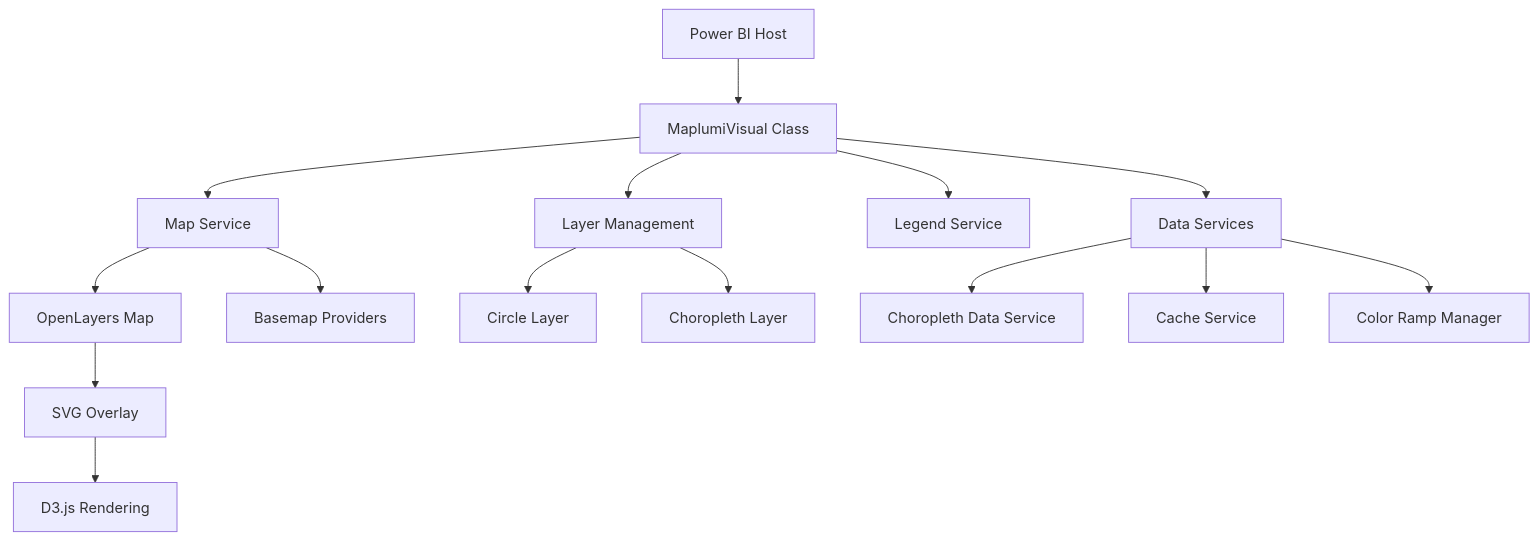
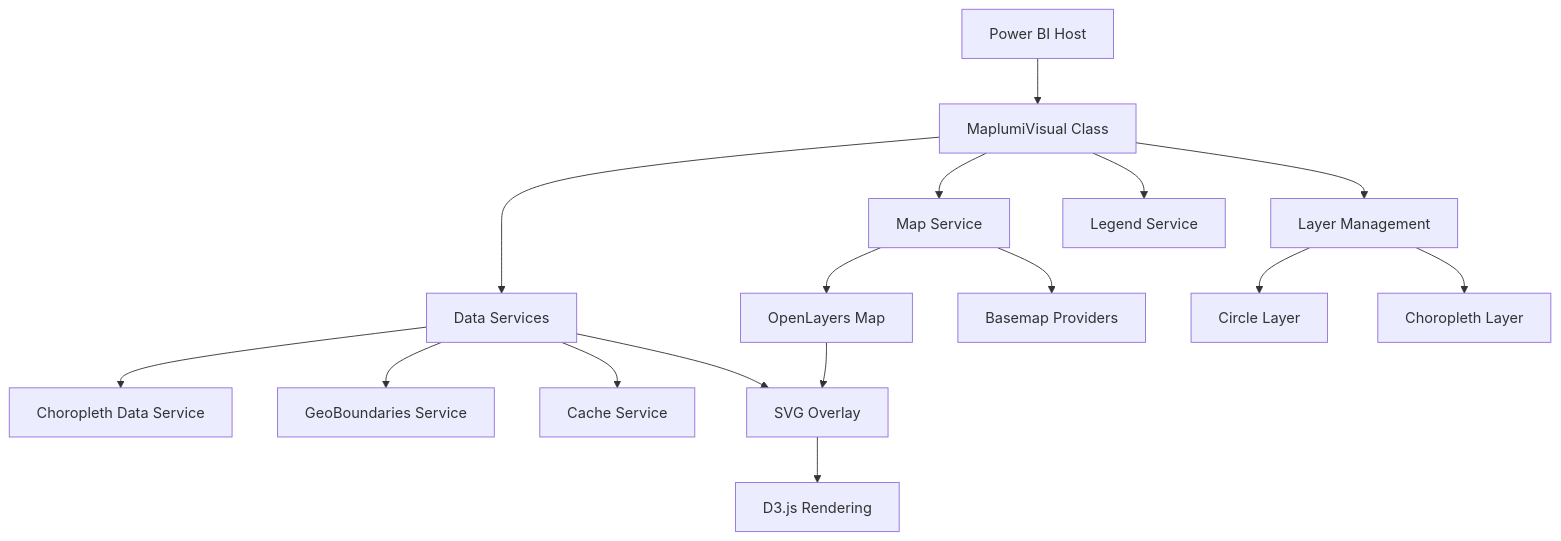
Before and after one commit to maplumi/maplumi-pbi: the first of 2 diagrams in spec/main.md, drawn with Mermaid. The commit also changed other lines of this file, not shown here.

````diff
--- a/spec/main.md
+++ b/spec/main.md
@@ -24,21 +24,22 @@
 ```mermaid
 graph TD
     A[Power BI Host] --> B[MaplumiVisual Class]
     B --> C[Map Service]
     B --> D[Layer Management]
     B --> E[Legend Service]
     B --> F[Data Services]
     
     C --> G[OpenLayers Map]
     C --> H[Basemap Providers]
     
     D --> I[Circle Layer]
     D --> J[Choropleth Layer]
     
     F --> K[Choropleth Data Service]
-    F --> L[Cache Service]
-    F --> M[Color Ramp Manager]
+    F --> L[GeoBoundaries Service]
+    F --> M[Cache Service]
+    F --> N[Color Ramp Manager]
     
     G --> N[SVG Overlay]
     N --> O[D3.js Rendering]
 ```
````
